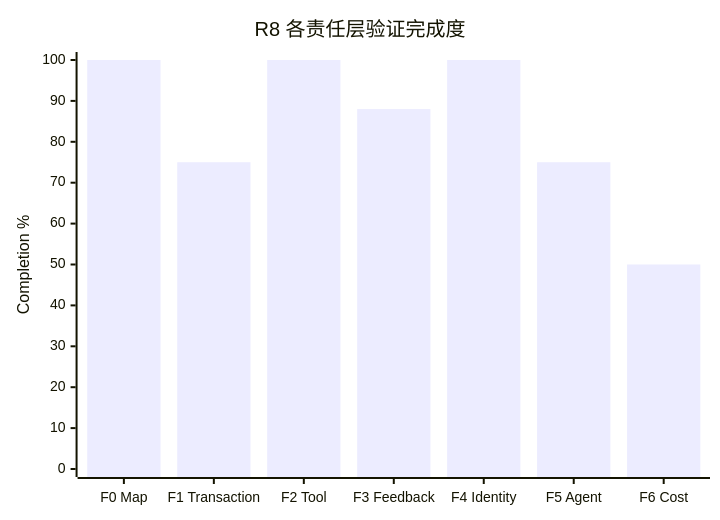
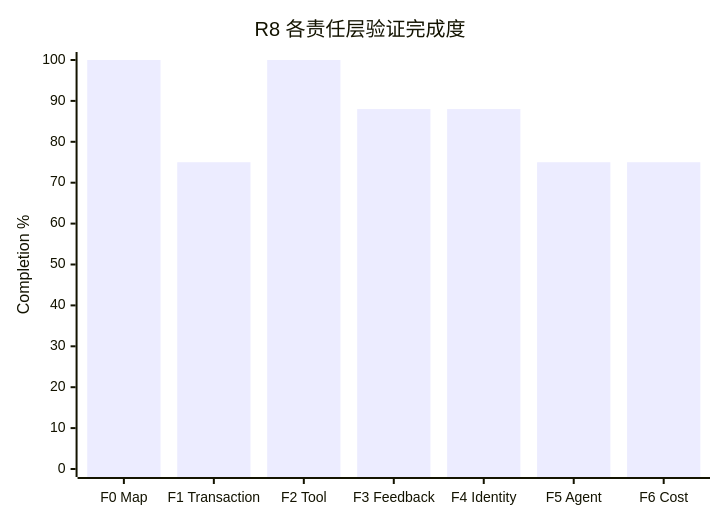
Before and after one commit to ceasarXuu/WhaleCode: the diagram in docs/v0.0.5/build-R8/03-r8-current-progress.md, drawn with Mermaid. The commit also changed other lines of this file and 5 other files, not shown here.

````diff
--- a/docs/v0.0.5/build-R8/03-r8-current-progress.md
+++ b/docs/v0.0.5/build-R8/03-r8-current-progress.md
@@ -17,7 +17,7 @@
 ```mermaid
 xychart-beta
   title "R8 各责任层验证完成度"
   x-axis ["F0 Map", "F1 Transaction", "F2 Tool", "F3 Feedback", "F4 Identity", "F5 Agent", "F6 Cost"]
   y-axis "Completion %" 0 --> 100
-  bar [100, 75, 100, 88, 100, 75, 50]
+  bar [100, 75, 100, 88, 88, 75, 75]
 ```
````
